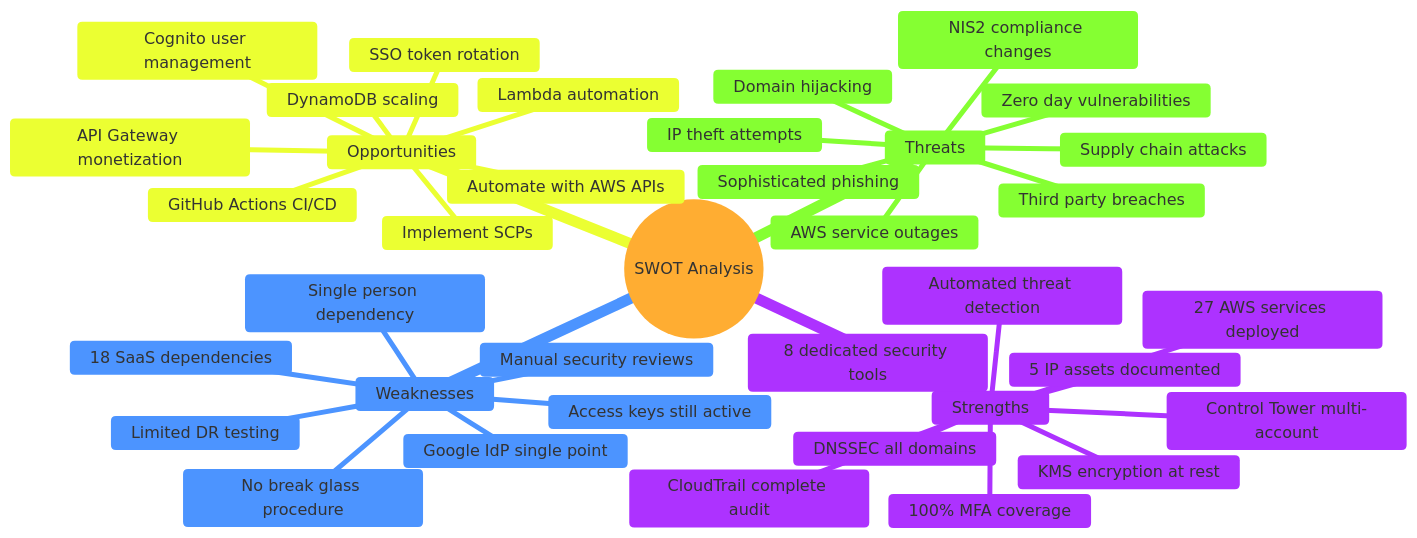
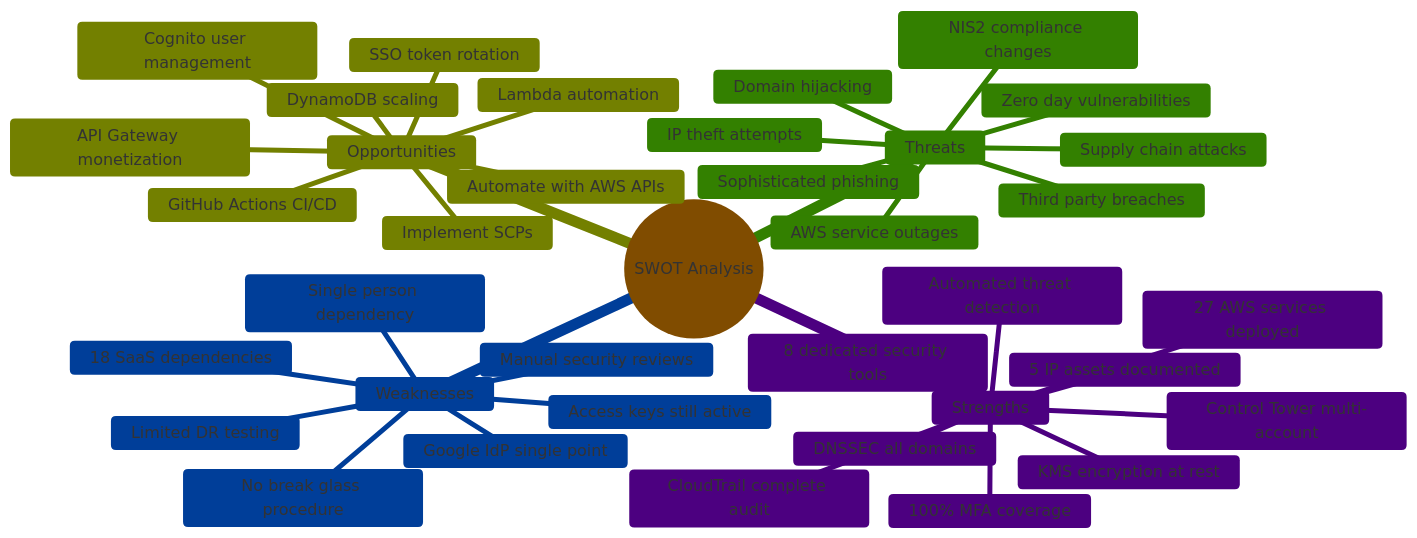
The fifth of 8 diagrams in Asset_Register.md (Hack23/ISMS-PUBLIC), drawn with Mermaid before and after one commit. The commit also changed other lines of this file and 35 other files, not shown here.

````diff
--- a/Asset_Register.md
+++ b/Asset_Register.md
@@ -490,43 +525,43 @@
 ```mermaid
 %%{
-  init: { 'theme': 'base', 'themeVariables': { 'primaryColor': '#ffe0b2', 'lineColor': '#fb8c00' } }
+  init: { 'theme': 'base', 'themeVariables': { 'primaryColor': '#FF9800', 'lineColor': '#FF9800' } }
 }%%
 mindmap
   root((SWOT Analysis))
     Strengths
       27 AWS services deployed
       8 dedicated security tools
       Control Tower multi-account
       100% MFA coverage
       DNSSEC all domains
       CloudTrail complete audit
       KMS encryption at rest
       Automated threat detection
       5 IP assets documented
     Weaknesses
       Single person dependency
       Access keys still active
       No break glass procedure
       Limited DR testing
       Manual security reviews
       18 SaaS dependencies
       Google IdP single point
     Opportunities
       Automate with AWS APIs
       Implement SCPs
       SSO token rotation
       Lambda automation
       GitHub Actions CI/CD
       API Gateway monetization
       DynamoDB scaling
       Cognito user management
     Threats
       Supply chain attacks
       Zero day vulnerabilities
       AWS service outages
       Sophisticated phishing
       NIS2 compliance changes
       Third party breaches
       Domain hijacking
       IP theft attempts
 ```
````
